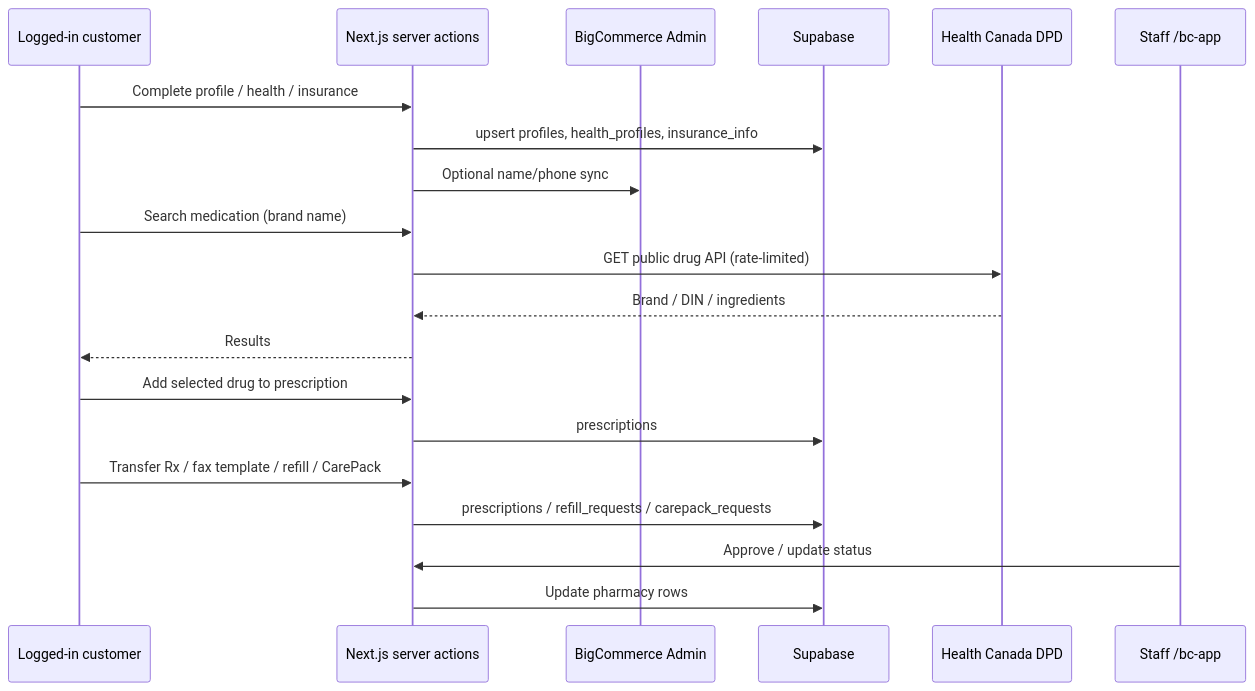
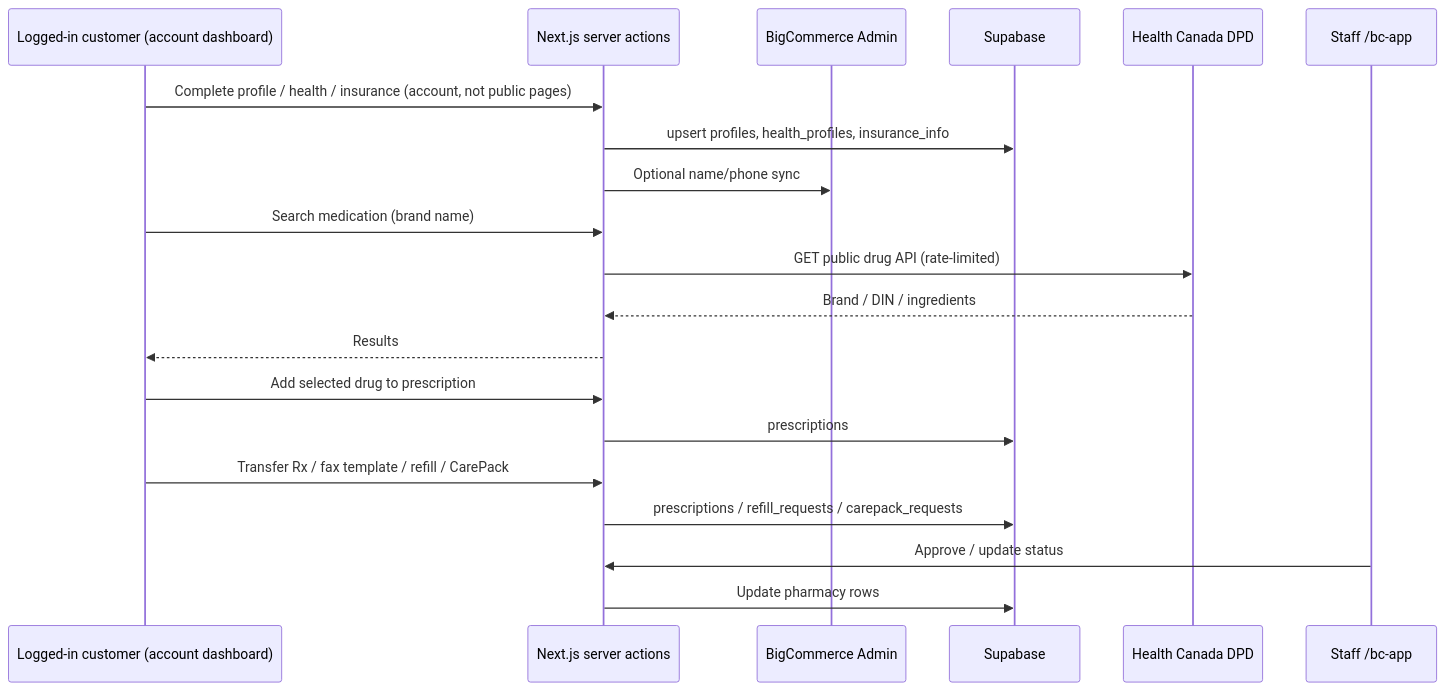
Before and after one commit to lolo19950603/liivv-test-catalyst-app: the third of 5 diagrams in docs/Liivv-Architecture-Deep-Dive.md, drawn with Mermaid. The commit also changed other lines of this file and 5 other files, not shown here.

Commit message:
Document /bc-app for IT and drop leftover Legal/ops items from the architecture pack.

````diff
--- a/docs/Liivv-Architecture-Deep-Dive.md
+++ b/docs/Liivv-Architecture-Deep-Dive.md
@@ -138,26 +140,26 @@
 ```mermaid
 sequenceDiagram
-  participant U as Logged-in customer
+  participant U as Logged-in customer (account dashboard)
   participant N as Next.js server actions
   participant BC as BigCommerce Admin
   participant SB as Supabase
   participant DPD as Health Canada DPD
 
-  U->>N: Complete profile / health / insurance
+  U->>N: Complete profile / health / insurance (account, not public pages)
   N->>SB: upsert profiles, health_profiles, insurance_info
   N->>BC: Optional name/phone sync
 
   U->>N: Search medication (brand name)
   N->>DPD: GET public drug API (rate-limited)
   DPD-->>N: Brand / DIN / ingredients
   N-->>U: Results
   U->>N: Add selected drug to prescription
   N->>SB: prescriptions
 
   U->>N: Transfer Rx / fax template / refill / CarePack
   N->>SB: prescriptions / refill_requests / carepack_requests
 
   participant Staff as Staff /bc-app
   Staff->>N: Approve / update status
   N->>SB: Update pharmacy rows
 ```
````
